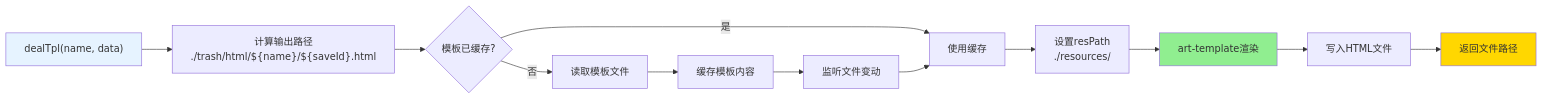
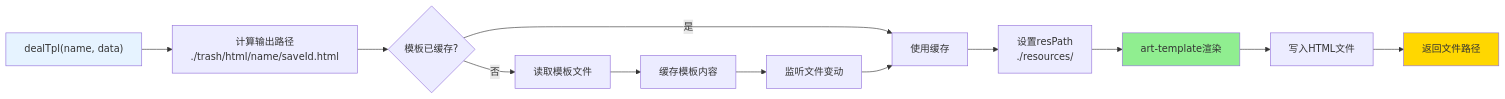
The second of 2 diagrams in docs/renderer.md (sunflowermm/XRK-AGT), drawn with Mermaid before and after one commit. The commit also changed 3 other files, not shown here.

Commit message:
完善文档图表问题 (4 modified)

````diff
--- a/docs/renderer.md
+++ b/docs/renderer.md
@@ -87,18 +87,18 @@
 ```mermaid
 flowchart LR
-    A["dealTpl(name, data)"] --> B["计算输出路径<br/>./trash/html/${name}/${saveId}.html"]
+    A["dealTpl(name, data)"] --> B["计算输出路径<br/>./trash/html/name/saveId.html"]
     B --> C{"模板已缓存?"}
     C -->|否| D["读取模板文件"]
     C -->|是| E["使用缓存"]
     D --> F["缓存模板内容"]
     F --> G["监听文件变动"]
     G --> E
     E --> H["设置resPath<br/>./resources/"]
     H --> I["art-template渲染"]
     I --> J["写入HTML文件"]
     J --> K["返回文件路径"]
     
     style A fill:#E6F3FF
     style I fill:#90EE90
     style K fill:#FFD700
 ```
````
